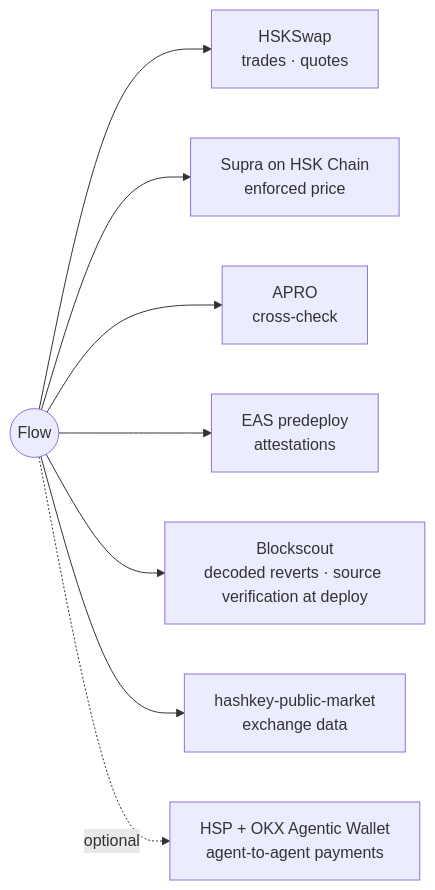
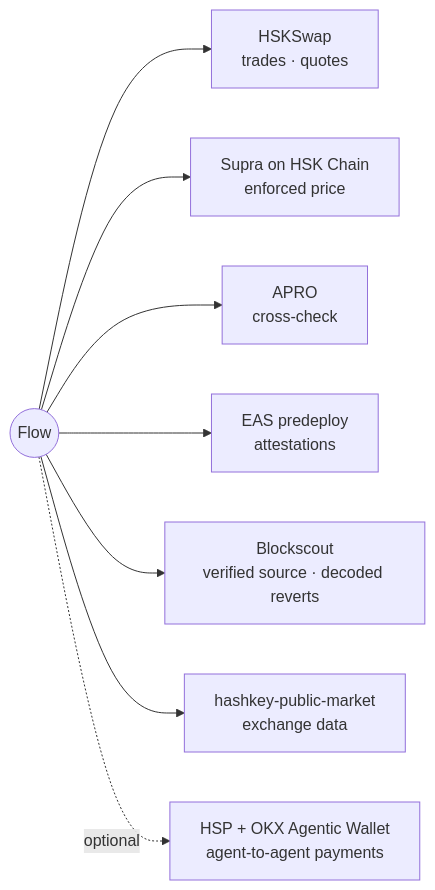
Before and after one commit to AceVikings/horizon-hack-flow: the tenth of 11 diagrams in README.md, drawn with Mermaid. The commit also changed other lines of this file and 4 other files, not shown here.

Commit message:
docs: both testnet vaults now verified on Blockscout (comment-stripped standard JSON under the 100 KB gateway limit); all rogue reverts decode

````diff
--- a/README.md
+++ b/README.md
@@ -438,10 +438,10 @@
 ```mermaid
 flowchart LR
     ATE((Flow)) --> HS["HSKSwap<br/>trades · quotes"]
     ATE --> SU["Supra on HSK Chain<br/>enforced price"]
     ATE --> AP["APRO<br/>cross-check"]
     ATE --> EA["EAS predeploy<br/>attestations"]
-    ATE --> BS["Blockscout<br/>decoded reverts · source verification at deploy"]
+    ATE --> BS["Blockscout<br/>verified source · decoded reverts"]
     ATE --> HG["hashkey-public-market<br/>exchange data"]
     ATE -. "optional" .-> HSP["HSP + OKX Agentic Wallet<br/>agent-to-agent payments"]
 ```
````
